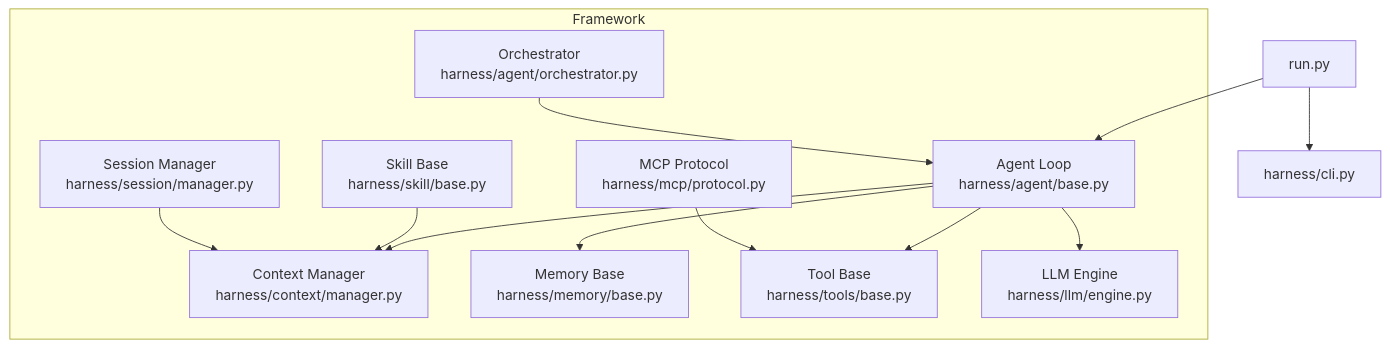
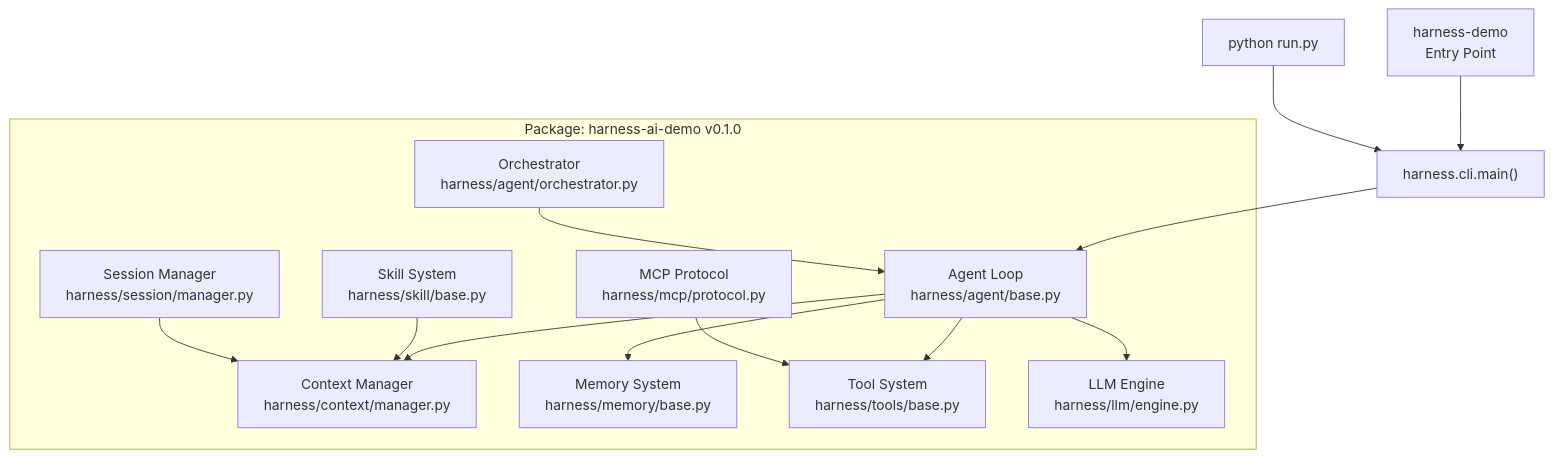
The first of 11 diagrams in .qoder/repowiki/en/content/Project Overview.md (1996Paul-Wen/HarnessAIDemo), drawn with Mermaid before and after one commit. The commit also changed other lines of this file and 4 other files, not shown here.

````diff
--- a/.qoder/repowiki/en/content/Project Overview.md
+++ b/.qoder/repowiki/en/content/Project Overview.md
@@ -41,24 +104,25 @@
 ```mermaid
 graph TB
-A["run.py"] --> B["harness/cli.py"]
-subgraph "Framework"
-C["Agent Loop<br/>harness/agent/base.py"]
-D["Context Manager<br/>harness/context/manager.py"]
-E["Memory Base<br/>harness/memory/base.py"]
-F["Tool Base<br/>harness/tools/base.py"]
-G["MCP Protocol<br/>harness/mcp/protocol.py"]
-H["Skill Base<br/>harness/skill/base.py"]
-I["Session Manager<br/>harness/session/manager.py"]
-J["Orchestrator<br/>harness/agent/orchestrator.py"]
-K["LLM Engine<br/>harness/llm/engine.py"]
+A["harness-demo<br/>Entry Point"] --> B["harness.cli.main()"]
+C["python run.py"] --> B
+subgraph "Package: harness-ai-demo v0.1.0"
+D["Agent Loop<br/>harness/agent/base.py"]
+E["Context Manager<br/>harness/context/manager.py"]
+F["Memory System<br/>harness/memory/base.py"]
+G["Tool System<br/>harness/tools/base.py"]
+H["MCP Protocol<br/>harness/mcp/protocol.py"]
+I["Skill System<br/>harness/skill/base.py"]
+J["Session Manager<br/>harness/session/manager.py"]
+K["Orchestrator<br/>harness/agent/orchestrator.py"]
+L["LLM Engine<br/>harness/llm/engine.py"]
 end
-A --> C
-C --> D
-C --> E
-C --> F
-C --> K
-J --> C
-G --> F
-H --> D
-I --> D
+B --> D
+D --> E
+D --> F
+D --> G
+D --> L
+K --> D
+H --> G
+I --> E
+J --> E
 ```
````
